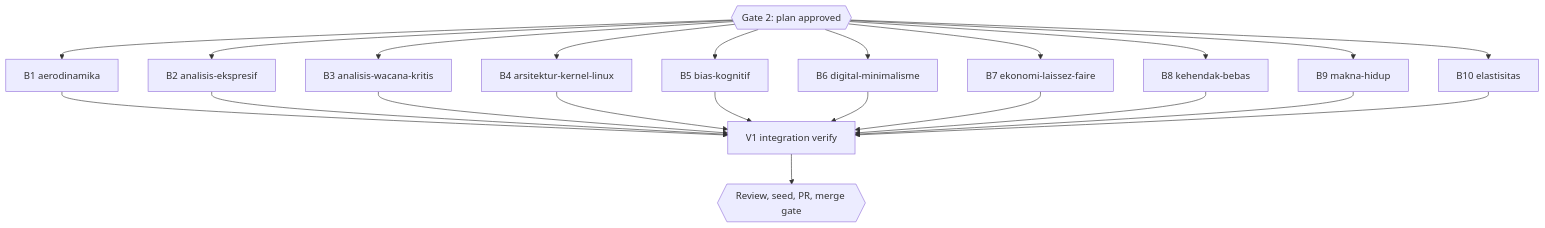
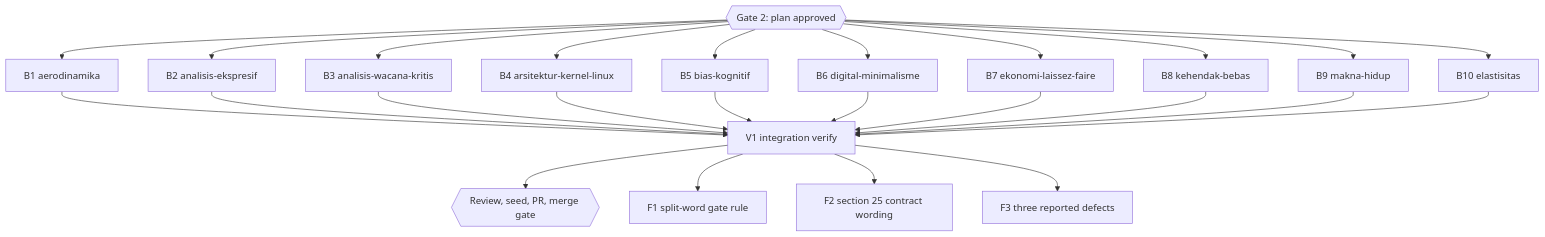
Before and after one commit to belajarcarabelajar/dawnbook: the diagram in docs/code-plan/plans/2026-10-16-dawnbook-diagrams-retrofit-rf1.md, drawn with Mermaid. The commit also changed other lines of this file and 1 other file, not shown here.

Commit message:
docs(diagrams): RF1 learning ledger and debt-sweep follow-up tasks F1-F3

````diff
--- a/docs/code-plan/plans/2026-10-16-dawnbook-diagrams-retrofit-rf1.md
+++ b/docs/code-plan/plans/2026-10-16-dawnbook-diagrams-retrofit-rf1.md
@@ -190,27 +226,30 @@
 ```mermaid
 flowchart TD
     accTitle: Task graph for diagram retrofit RF1
     accDescr: After plan approval ten book tasks run in parallel, one per book, and an integration check closes the graph before review, seed and the pull request.
     G2{{"Gate 2: plan approved"}}
     G2 --> B1["B1 aerodinamika"]
     G2 --> B2["B2 analisis-ekspresif"]
     G2 --> B3["B3 analisis-wacana-kritis"]
     G2 --> B4["B4 arsitektur-kernel-linux"]
     G2 --> B5["B5 bias-kognitif"]
     G2 --> B6["B6 digital-minimalisme"]
     G2 --> B7["B7 ekonomi-laissez-faire"]
     G2 --> B8["B8 kehendak-bebas"]
     G2 --> B9["B9 makna-hidup"]
     G2 --> B10["B10 elastisitas"]
     B1 --> V1["V1 integration verify"]
     B2 --> V1
     B3 --> V1
     B4 --> V1
     B5 --> V1
     B6 --> V1
     B7 --> V1
     B8 --> V1
     B9 --> V1
     B10 --> V1
     V1 --> PR{{"Review, seed, PR, merge gate"}}
+    V1 --> F1["F1 split-word gate rule"]
+    V1 --> F2["F2 section 25 contract wording"]
+    V1 --> F3["F3 three reported defects"]
 ```
````
